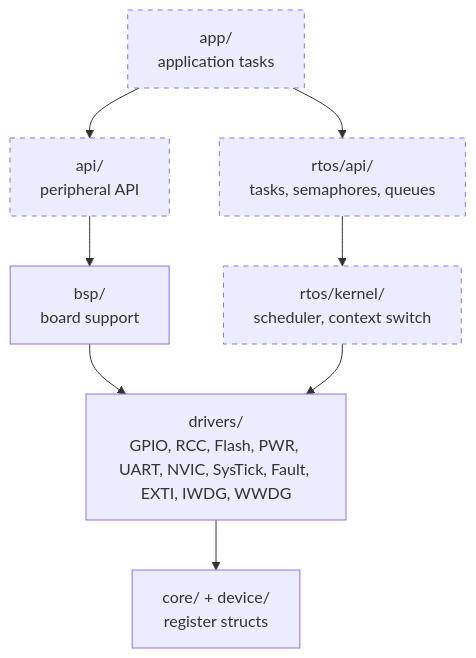
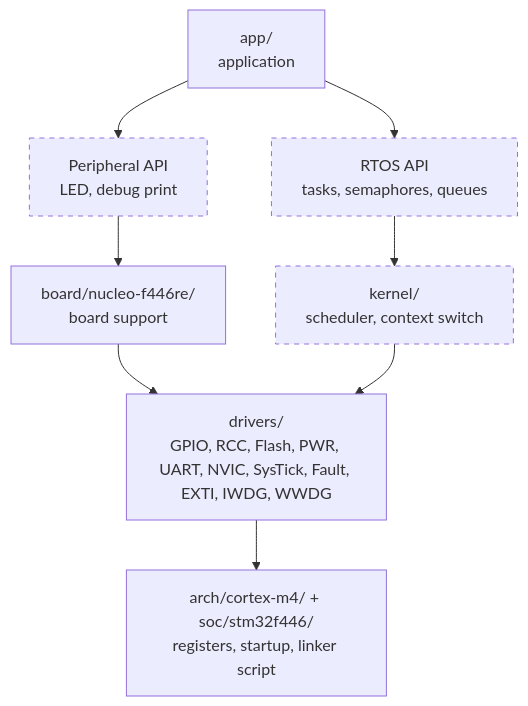
One commit to ka5j/stm32_rtos changed the first of 3 diagrams in docs/ARCHITECTURE.md. Above: the diagram before and after it, drawn with Mermaid. The commit also changed other lines of this file and 113 other files, not shown here.

````diff
--- a/docs/ARCHITECTURE.md
+++ b/docs/ARCHITECTURE.md
@@ -11,19 +11,19 @@
 ```mermaid
 flowchart TD
-    app["app/<br/>application tasks"]
-    api["api/<br/>peripheral API"]
-    rapi["rtos/api/<br/>tasks, semaphores, queues"]
-    bsp["bsp/<br/>board support"]
-    kernel["rtos/kernel/<br/>scheduler, context switch"]
+    app["app/<br/>application"]
+    api["Peripheral API<br/>LED, debug print"]
+    rapi["RTOS API<br/>tasks, semaphores, queues"]
+    board["board/nucleo-f446re/<br/>board support"]
+    kernel["kernel/<br/>scheduler, context switch"]
     drivers["drivers/<br/>GPIO, RCC, Flash, PWR, UART, NVIC, SysTick, Fault, EXTI, IWDG, WWDG"]
-    regs["core/ + device/<br/>register structs"]
+    regs["arch/cortex-m4/ + soc/stm32f446/<br/>registers, startup, linker script"]
     app --> api
     app --> rapi
-    api --> bsp
+    api --> board
     rapi --> kernel
-    bsp --> drivers
+    board --> drivers
     kernel --> drivers
     drivers --> regs
     classDef todo stroke-dasharray: 5 5
-    class app,api,rapi,kernel todo
+    class api,rapi,kernel todo
 ```
````
